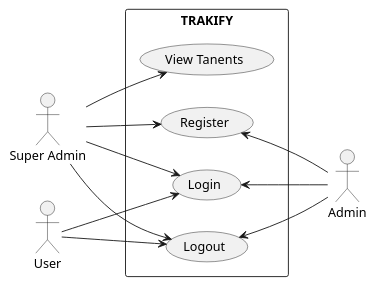
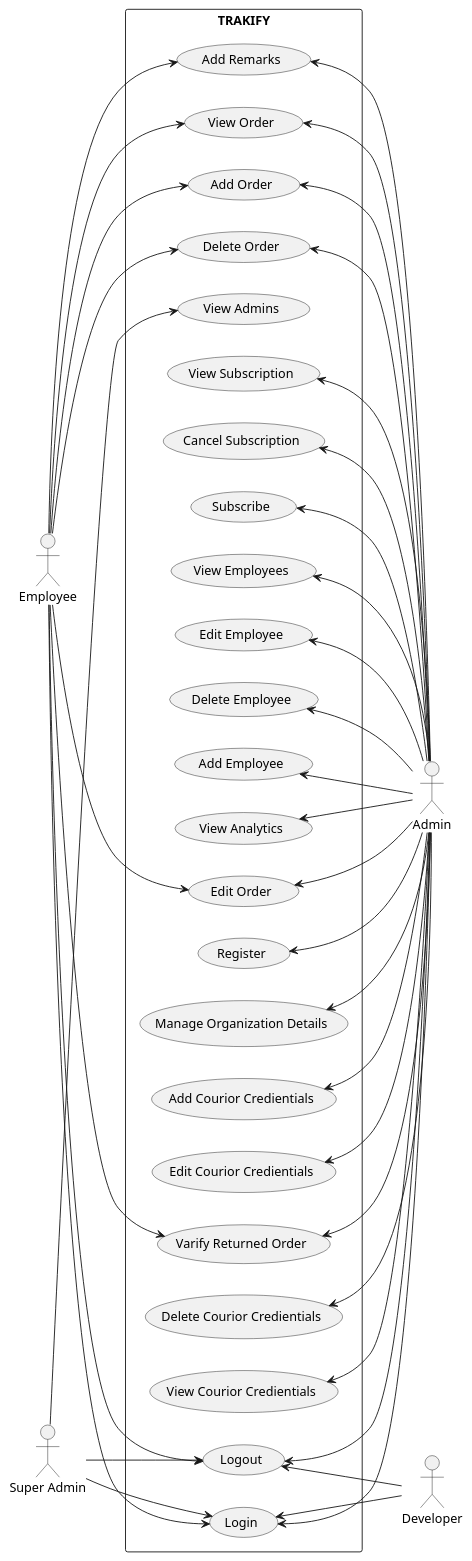
One commit to abdullahshakur149/TRAKIFY changed the diagram in docs/usecase.plantuml. Above: the diagram before and after it, drawn with PlantUML.

Commit message:
usecase diagram finalized

```diff
--- a/docs/usecase.plantuml
+++ b/docs/usecase.plantuml
@@ -1,31 +1,106 @@
 @startuml usecaseDiagram
 
 left to right direction
 
 actor "Super Admin" as sAdmin
 actor "Admin" as admin
-actor "User" as user
+actor "Employee" as user
+
+actor "Developer" as developer
 
 rectangle "TRAKIFY" {
+    ' Authentication
     usecase "Login" as login
     usecase "Logout" as logout
     usecase "Register" as register
 
-    usecase "View Tanents" as viewTanents
+    ' Account Configuration
+    usecase "Manage Organization Details" as manageOrganization
+    usecase "Add Courior Credientials" as addCouriorCredentials
+    usecase "Edit Courior Credientials" as editCouriorCredentials
+    usecase "Delete Courior Credientials" as deleteCouriorCredentials
+    usecase "View Courior Credientials" as viewCouriorCredentials
+
+    ' Order Tracking
+    usecase "Add Order" as addOrder
+    usecase "Edit Order" as editOrder
+    usecase "Delete Order" as deleteOrder
+    usecase "Add Remarks" as addRemarks
+    usecase "Varify Returned Order" as verifyReturnedOrder
+    usecase "View Order" as viewOrder
+
+    ' Analytics
+    usecase "View Analytics" as viewAnalytics
+
+    ' Employee Management
+    usecase "Add Employee" as addEmployee
+    usecase "Delete Employee" as deleteEmployee
+    usecase "Edit Employee" as editEmployee
+    usecase "View Employees" as viewEmployee
+
+    ' Subscription Management
+    usecase "Subscribe" as paySubscription
+    usecase "Cancel Subscription" as cancelSubscription
+    usecase "View Subscription" as viewSubscription
+
+    ' Super Admin Management
+    usecase "View Admins" as viewAdmins
+
+
 }
 
+' Authentication
 sAdmin --> login
 sAdmin --> logout
-sAdmin --> register
-sAdmin --> viewTanents
 
 admin -u-> login
 admin -u-> logout
 admin -u-> register
 
 user --> login
 user --> logout
 
+developer -u-> login
+developer -u-> logout
+
+' Account Configuration
+admin -->manageOrganization
+admin -->addCouriorCredentials
+admin -->editCouriorCredentials
+admin -->deleteCouriorCredentials
+admin -->viewCouriorCredentials
+
+' Order Tracking
+admin -u->addOrder
+admin -u->editOrder
+admin -u->deleteOrder
+admin -u->addRemarks
+admin -u->verifyReturnedOrder
+admin -u->viewOrder
+
+user -->addOrder
+user -->editOrder
+user -->deleteOrder
+user -->addRemarks
+user -->verifyReturnedOrder
+user -->viewOrder
+
+' Analytics
+admin -u-> viewAnalytics
+
+' Employee Management
+admin -u-> addEmployee
+admin -u-> deleteEmployee
+admin -u-> editEmployee
+admin -u-> viewEmployee
+
+' Subscription Management
+admin -u-> paySubscription
+admin -u-> cancelSubscription
+admin -u-> viewSubscription
+
+' Super Admin Management
+sAdmin --> viewAdmins
 
 
 @enduml
```
